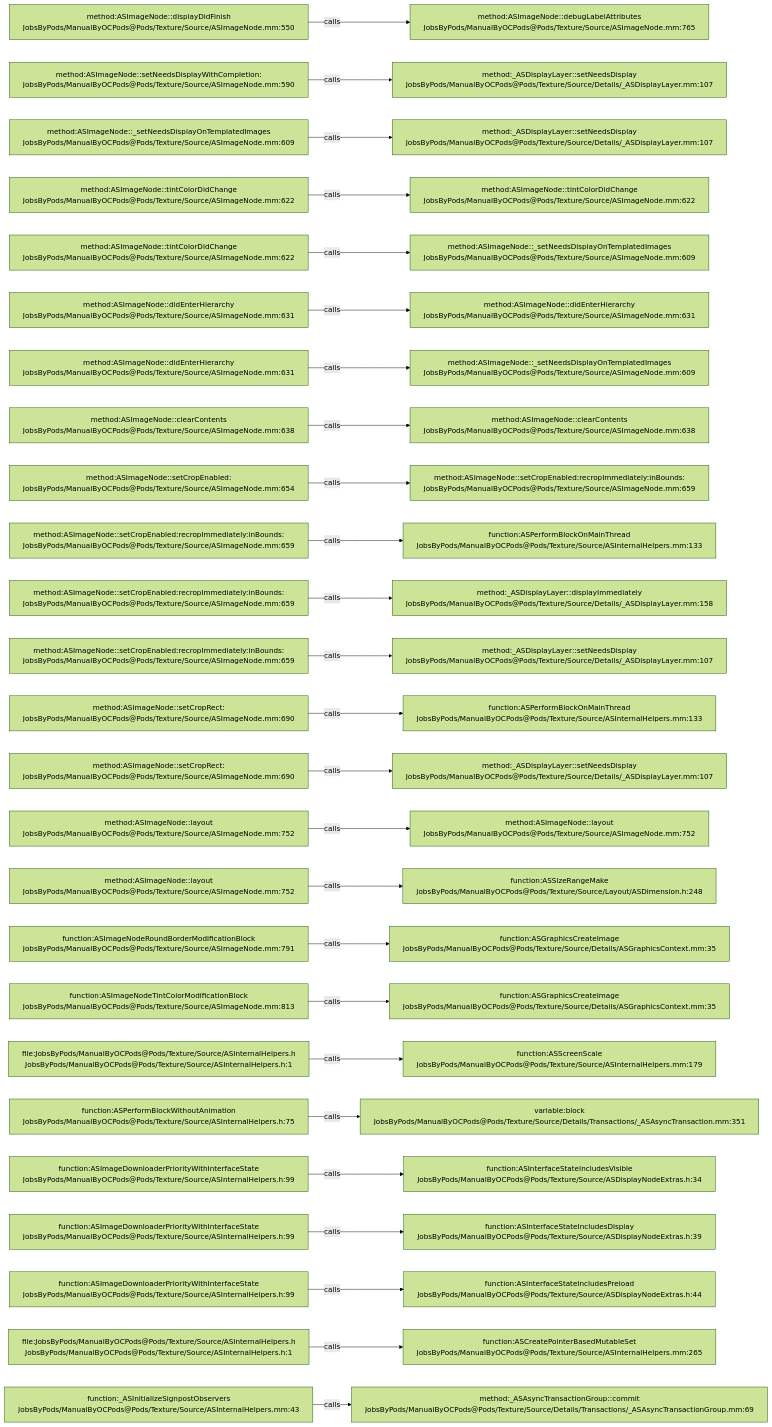
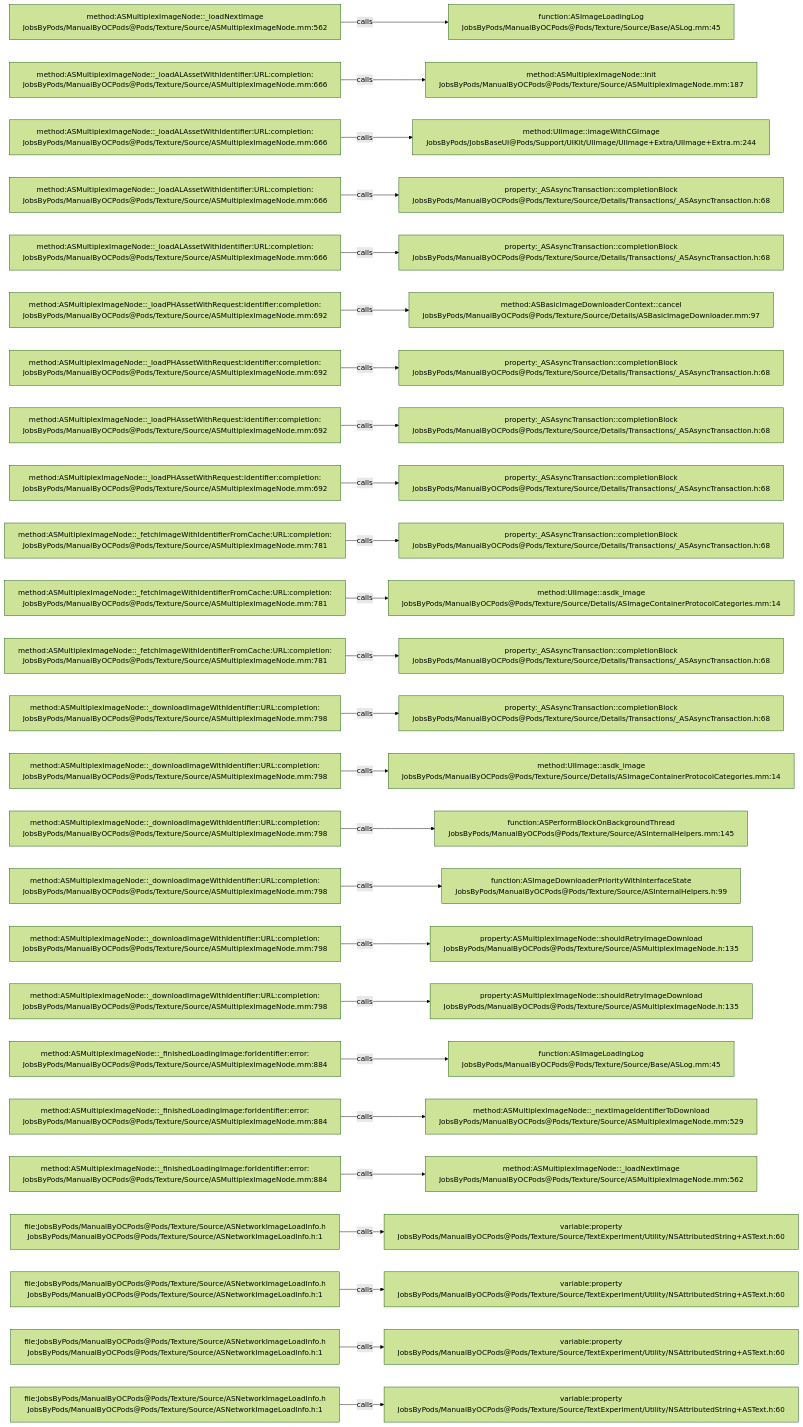
One commit to JobsKits/JobsOCBaseConfigDemo changed the diagram in .codegraph/codegraph.md/graphs/calls-118.md. Above: the diagram before and after it, drawn with Mermaid (forest theme). The commit also changed 1223 other files, not shown here.

````diff
--- a/.codegraph/codegraph.md/graphs/calls-118.md
+++ b/.codegraph/codegraph.md/graphs/calls-118.md
@@ -13,78 +13,78 @@
 ```mermaid
 flowchart LR
-  S1["method:ASImageNode::displayDidFinish<br/>JobsByPods/ManualByOCPods@Pods/Texture/Source/ASImageNode.mm:550"]
-  T1["method:ASImageNode::debugLabelAttributes<br/>JobsByPods/ManualByOCPods@Pods/Texture/Source/ASImageNode.mm:765"]
+  S1["method:ASMultiplexImageNode::_loadNextImage<br/>JobsByPods/ManualByOCPods@Pods/Texture/Source/ASMultiplexImageNode.mm:562"]
+  T1["function:ASImageLoadingLog<br/>JobsByPods/ManualByOCPods@Pods/Texture/Source/Base/ASLog.mm:45"]
   S1 -->|calls| T1
-  S2["method:ASImageNode::setNeedsDisplayWithCompletion:<br/>JobsByPods/ManualByOCPods@Pods/Texture/Source/ASImageNode.mm:590"]
-  T2["method:_ASDisplayLayer::setNeedsDisplay<br/>JobsByPods/ManualByOCPods@Pods/Texture/Source/Details/_ASDisplayLayer.mm:107"]
+  S2["method:ASMultiplexImageNode::_loadALAssetWithIdentifier:URL:completion:<br/>JobsByPods/ManualByOCPods@Pods/Texture/Source/ASMultiplexImageNode.mm:666"]
+  T2["method:ASMultiplexImageNode::init<br/>JobsByPods/ManualByOCPods@Pods/Texture/Source/ASMultiplexImageNode.mm:187"]
   S2 -->|calls| T2
-  S3["method:ASImageNode::_setNeedsDisplayOnTemplatedImages<br/>JobsByPods/ManualByOCPods@Pods/Texture/Source/ASImageNode.mm:609"]
-  T3["method:_ASDisplayLayer::setNeedsDisplay<br/>JobsByPods/ManualByOCPods@Pods/Texture/Source/Details/_ASDisplayLayer.mm:107"]
+  S3["method:ASMultiplexImageNode::_loadALAssetWithIdentifier:URL:completion:<br/>JobsByPods/ManualByOCPods@Pods/Texture/Source/ASMultiplexImageNode.mm:666"]
+  T3["method:UIImage::imageWithCGImage<br/>JobsByPods/JobsBaseUI@Pods/Support/UIKit/UIImage/UIImage+Extra/UIImage+Extra.m:244"]
   S3 -->|calls| T3
-  S4["method:ASImageNode::tintColorDidChange<br/>JobsByPods/ManualByOCPods@Pods/Texture/Source/ASImageNode.mm:622"]
-  T4["method:ASImageNode::tintColorDidChange<br/>JobsByPods/ManualByOCPods@Pods/Texture/Source/ASImageNode.mm:622"]
+  S4["method:ASMultiplexImageNode::_loadALAssetWithIdentifier:URL:completion:<br/>JobsByPods/ManualByOCPods@Pods/Texture/Source/ASMultiplexImageNode.mm:666"]
+  T4["property:_ASAsyncTransaction::completionBlock<br/>JobsByPods/ManualByOCPods@Pods/Texture/Source/Details/Transactions/_ASAsyncTransaction.h:68"]
   S4 -->|calls| T4
-  S5["method:ASImageNode::tintColorDidChange<br/>JobsByPods/ManualByOCPods@Pods/Texture/Source/ASImageNode.mm:622"]
-  T5["method:ASImageNode::_setNeedsDisplayOnTemplatedImages<br/>JobsByPods/ManualByOCPods@Pods/Texture/Source/ASImageNode.mm:609"]
+  S5["method:ASMultiplexImageNode::_loadALAssetWithIdentifier:URL:completion:<br/>JobsByPods/ManualByOCPods@Pods/Texture/Source/ASMultiplexImageNode.mm:666"]
+  T5["property:_ASAsyncTransaction::completionBlock<br/>JobsByPods/ManualByOCPods@Pods/Texture/Source/Details/Transactions/_ASAsyncTransaction.h:68"]
   S5 -->|calls| T5
-  S6["method:ASImageNode::didEnterHierarchy<br/>JobsByPods/ManualByOCPods@Pods/Texture/Source/ASImageNode.mm:631"]
-  T6["method:ASImageNode::didEnterHierarchy<br/>JobsByPods/ManualByOCPods@Pods/Texture/Source/ASImageNode.mm:631"]
+  S6["method:ASMultiplexImageNode::_loadPHAssetWithRequest:identifier:completion:<br/>JobsByPods/ManualByOCPods@Pods/Texture/Source/ASMultiplexImageNode.mm:692"]
+  T6["method:ASBasicImageDownloaderContext::cancel<br/>JobsByPods/ManualByOCPods@Pods/Texture/Source/Details/ASBasicImageDownloader.mm:97"]
   S6 -->|calls| T6
-  S7["method:ASImageNode::didEnterHierarchy<br/>JobsByPods/ManualByOCPods@Pods/Texture/Source/ASImageNode.mm:631"]
-  T7["method:ASImageNode::_setNeedsDisplayOnTemplatedImages<br/>JobsByPods/ManualByOCPods@Pods/Texture/Source/ASImageNode.mm:609"]
+  S7["method:ASMultiplexImageNode::_loadPHAssetWithRequest:identifier:completion:<br/>JobsByPods/ManualByOCPods@Pods/Texture/Source/ASMultiplexImageNode.mm:692"]
+  T7["property:_ASAsyncTransaction::completionBlock<br/>JobsByPods/ManualByOCPods@Pods/Texture/Source/Details/Transactions/_ASAsyncTransaction.h:68"]
   S7 -->|calls| T7
-  S8["method:ASImageNode::clearContents<br/>JobsByPods/ManualByOCPods@Pods/Texture/Source/ASImageNode.mm:638"]
-  T8["method:ASImageNode::clearContents<br/>JobsByPods/ManualByOCPods@Pods/Texture/Source/ASImageNode.mm:638"]
+  S8["method:ASMultiplexImageNode::_loadPHAssetWithRequest:identifier:completion:<br/>JobsByPods/ManualByOCPods@Pods/Texture/Source/ASMultiplexImageNode.mm:692"]
+  T8["property:_ASAsyncTransaction::completionBlock<br/>JobsByPods/ManualByOCPods@Pods/Texture/Source/Details/Transactions/_ASAsyncTransaction.h:68"]
   S8 -->|calls| T8
-  S9["method:ASImageNode::setCropEnabled:<br/>JobsByPods/ManualByOCPods@Pods/Texture/Source/ASImageNode.mm:654"]
-  T9["method:ASImageNode::setCropEnabled:recropImmediately:inBounds:<br/>JobsByPods/ManualByOCPods@Pods/Texture/Source/ASImageNode.mm:659"]
+  S9["method:ASMultiplexImageNode::_loadPHAssetWithRequest:identifier:completion:<br/>JobsByPods/ManualByOCPods@Pods/Texture/Source/ASMultiplexImageNode.mm:692"]
+  T9["property:_ASAsyncTransaction::completionBlock<br/>JobsByPods/ManualByOCPods@Pods/Texture/Source/Details/Transactions/_ASAsyncTransaction.h:68"]
   S9 -->|calls| T9
-  S10["method:ASImageNode::setCropEnabled:recropImmediately:inBounds:<br/>JobsByPods/ManualByOCPods@Pods/Texture/Source/ASImageNode.mm:659"]
-  T10["function:ASPerformBlockOnMainThread<br/>JobsByPods/ManualByOCPods@Pods/Texture/Source/ASInternalHelpers.mm:133"]
+  S10["method:ASMultiplexImageNode::_fetchImageWithIdentifierFromCache:URL:completion:<br/>JobsByPods/ManualByOCPods@Pods/Texture/Source/ASMultiplexImageNode.mm:781"]
+  T10["property:_ASAsyncTransaction::completionBlock<br/>JobsByPods/ManualByOCPods@Pods/Texture/Source/Details/Transactions/_ASAsyncTransaction.h:68"]
   S10 -->|calls| T10
-  S11["method:ASImageNode::setCropEnabled:recropImmediately:inBounds:<br/>JobsByPods/ManualByOCPods@Pods/Texture/Source/ASImageNode.mm:659"]
-  T11["method:_ASDisplayLayer::displayImmediately<br/>JobsByPods/ManualByOCPods@Pods/Texture/Source/Details/_ASDisplayLayer.mm:158"]
+  S11["method:ASMultiplexImageNode::_fetchImageWithIdentifierFromCache:URL:completion:<br/>JobsByPods/ManualByOCPods@Pods/Texture/Source/ASMultiplexImageNode.mm:781"]
+  T11["method:UIImage::asdk_image<br/>JobsByPods/ManualByOCPods@Pods/Texture/Source/Details/ASImageContainerProtocolCategories.mm:14"]
   S11 -->|calls| T11
-  S12["method:ASImageNode::setCropEnabled:recropImmediately:inBounds:<br/>JobsByPods/ManualByOCPods@Pods/Texture/Source/ASImageNode.mm:659"]
-  T12["method:_ASDisplayLayer::setNeedsDisplay<br/>JobsByPods/ManualByOCPods@Pods/Texture/Source/Details/_ASDisplayLayer.mm:107"]
+  S12["method:ASMultiplexImageNode::_fetchImageWithIdentifierFromCache:URL:completion:<br/>JobsByPods/ManualByOCPods@Pods/Texture/Source/ASMultiplexImageNode.mm:781"]
+  T12["property:_ASAsyncTransaction::completionBlock<br/>JobsByPods/ManualByOCPods@Pods/Texture/Source/Details/Transactions/_ASAsyncTransaction.h:68"]
   S12 -->|calls| T12
-  S13["method:ASImageNode::setCropRect:<br/>JobsByPods/ManualByOCPods@Pods/Texture/Source/ASImageNode.mm:690"]
-  T13["function:ASPerformBlockOnMainThread<br/>JobsByPods/ManualByOCPods@Pods/Texture/Source/ASInternalHelpers.mm:133"]
+  S13["method:ASMultiplexImageNode::_downloadImageWithIdentifier:URL:completion:<br/>JobsByPods/ManualByOCPods@Pods/Texture/Source/ASMultiplexImageNode.mm:798"]
+  T13["property:_ASAsyncTransaction::completionBlock<br/>JobsByPods/ManualByOCPods@Pods/Texture/Source/Details/Transactions/_ASAsyncTransaction.h:68"]
   S13 -->|calls| T13
-  S14["method:ASImageNode::setCropRect:<br/>JobsByPods/ManualByOCPods@Pods/Texture/Source/ASImageNode.mm:690"]
-  T14["method:_ASDisplayLayer::setNeedsDisplay<br/>JobsByPods/ManualByOCPods@Pods/Texture/Source/Details/_ASDisplayLayer.mm:107"]
+  S14["method:ASMultiplexImageNode::_downloadImageWithIdentifier:URL:completion:<br/>JobsByPods/ManualByOCPods@Pods/Texture/Source/ASMultiplexImageNode.mm:798"]
+  T14["method:UIImage::asdk_image<br/>JobsByPods/ManualByOCPods@Pods/Texture/Source/Details/ASImageContainerProtocolCategories.mm:14"]
   S14 -->|calls| T14
-  S15["method:ASImageNode::layout<br/>JobsByPods/ManualByOCPods@Pods/Texture/Source/ASImageNode.mm:752"]
-  T15["method:ASImageNode::layout<br/>JobsByPods/ManualByOCPods@Pods/Texture/Source/ASImageNode.mm:752"]
+  S15["method:ASMultiplexImageNode::_downloadImageWithIdentifier:URL:completion:<br/>JobsByPods/ManualByOCPods@Pods/Texture/Source/ASMultiplexImageNode.mm:798"]
+  T15["function:ASPerformBlockOnBackgroundThread<br/>JobsByPods/ManualByOCPods@Pods/Texture/Source/ASInternalHelpers.mm:145"]
   S15 -->|calls| T15
-  S16["method:ASImageNode::layout<br/>JobsByPods/ManualByOCPods@Pods/Texture/Source/ASImageNode.mm:752"]
-  T16["function:ASSizeRangeMake<br/>JobsByPods/ManualByOCPods@Pods/Texture/Source/Layout/ASDimension.h:248"]
+  S16["method:ASMultiplexImageNode::_downloadImageWithIdentifier:URL:completion:<br/>JobsByPods/ManualByOCPods@Pods/Texture/Source/ASMultiplexImageNode.mm:798"]
+  T16["function:ASImageDownloaderPriorityWithInterfaceState<br/>JobsByPods/ManualByOCPods@Pods/Texture/Source/ASInternalHelpers.h:99"]
   S16 -->|calls| T16
-  S17["function:ASImageNodeRoundBorderModificationBlock<br/>JobsByPods/ManualByOCPods@Pods/Texture/Source/ASImageNode.mm:791"]
-  T17["function:ASGraphicsCreateImage<br/>JobsByPods/ManualByOCPods@Pods/Texture/Source/Details/ASGraphicsContext.mm:35"]
+  S17["method:ASMultiplexImageNode::_downloadImageWithIdentifier:URL:completion:<br/>JobsByPods/ManualByOCPods@Pods/Texture/Source/ASMultiplexImageNode.mm:798"]
+  T17["property:ASMultiplexImageNode::shouldRetryImageDownload<br/>JobsByPods/ManualByOCPods@Pods/Texture/Source/ASMultiplexImageNode.h:135"]
   S17 -->|calls| T17
-  S18["function:ASImageNodeTintColorModificationBlock<br/>JobsByPods/ManualByOCPods@Pods/Texture/Source/ASImageNode.mm:813"]
-  T18["function:ASGraphicsCreateImage<br/>JobsByPods/ManualByOCPods@Pods/Texture/Source/Details/ASGraphicsContext.mm:35"]
+  S18["method:ASMultiplexImageNode::_downloadImageWithIdentifier:URL:completion:<br/>JobsByPods/ManualByOCPods@Pods/Texture/Source/ASMultiplexImageNode.mm:798"]
+  T18["property:ASMultiplexImageNode::shouldRetryImageDownload<br/>JobsByPods/ManualByOCPods@Pods/Texture/Source/ASMultiplexImageNode.h:135"]
   S18 -->|calls| T18
-  S19["file:JobsByPods/ManualByOCPods@Pods/Texture/Source/ASInternalHelpers.h<br/>JobsByPods/ManualByOCPods@Pods/Texture/Source/ASInternalHelpers.h:1"]
-  T19["function:ASScreenScale<br/>JobsByPods/ManualByOCPods@Pods/Texture/Source/ASInternalHelpers.mm:179"]
+  S19["method:ASMultiplexImageNode::_finishedLoadingImage:forIdentifier:error:<br/>JobsByPods/ManualByOCPods@Pods/Texture/Source/ASMultiplexImageNode.mm:884"]
+  T19["function:ASImageLoadingLog<br/>JobsByPods/ManualByOCPods@Pods/Texture/Source/Base/ASLog.mm:45"]
   S19 -->|calls| T19
-  S20["function:ASPerformBlockWithoutAnimation<br/>JobsByPods/ManualByOCPods@Pods/Texture/Source/ASInternalHelpers.h:75"]
-  T20["variable:block<br/>JobsByPods/ManualByOCPods@Pods/Texture/Source/Details/Transactions/_ASAsyncTransaction.mm:351"]
+  S20["method:ASMultiplexImageNode::_finishedLoadingImage:forIdentifier:error:<br/>JobsByPods/ManualByOCPods@Pods/Texture/Source/ASMultiplexImageNode.mm:884"]
+  T20["method:ASMultiplexImageNode::_nextImageIdentifierToDownload<br/>JobsByPods/ManualByOCPods@Pods/Texture/Source/ASMultiplexImageNode.mm:529"]
   S20 -->|calls| T20
-  S21["function:ASImageDownloaderPriorityWithInterfaceState<br/>JobsByPods/ManualByOCPods@Pods/Texture/Source/ASInternalHelpers.h:99"]
-  T21["function:ASInterfaceStateIncludesVisible<br/>JobsByPods/ManualByOCPods@Pods/Texture/Source/ASDisplayNodeExtras.h:34"]
+  S21["method:ASMultiplexImageNode::_finishedLoadingImage:forIdentifier:error:<br/>JobsByPods/ManualByOCPods@Pods/Texture/Source/ASMultiplexImageNode.mm:884"]
+  T21["method:ASMultiplexImageNode::_loadNextImage<br/>JobsByPods/ManualByOCPods@Pods/Texture/Source/ASMultiplexImageNode.mm:562"]
   S21 -->|calls| T21
-  S22["function:ASImageDownloaderPriorityWithInterfaceState<br/>JobsByPods/ManualByOCPods@Pods/Texture/Source/ASInternalHelpers.h:99"]
-  T22["function:ASInterfaceStateIncludesDisplay<br/>JobsByPods/ManualByOCPods@Pods/Texture/Source/ASDisplayNodeExtras.h:39"]
+  S22["file:JobsByPods/ManualByOCPods@Pods/Texture/Source/ASNetworkImageLoadInfo.h<br/>JobsByPods/ManualByOCPods@Pods/Texture/Source/ASNetworkImageLoadInfo.h:1"]
+  T22["variable:property<br/>JobsByPods/ManualByOCPods@Pods/Texture/Source/TextExperiment/Utility/NSAttributedString+ASText.h:60"]
   S22 -->|calls| T22
-  S23["function:ASImageDownloaderPriorityWithInterfaceState<br/>JobsByPods/ManualByOCPods@Pods/Texture/Source/ASInternalHelpers.h:99"]
-  T23["function:ASInterfaceStateIncludesPreload<br/>JobsByPods/ManualByOCPods@Pods/Texture/Source/ASDisplayNodeExtras.h:44"]
+  S23["file:JobsByPods/ManualByOCPods@Pods/Texture/Source/ASNetworkImageLoadInfo.h<br/>JobsByPods/ManualByOCPods@Pods/Texture/Source/ASNetworkImageLoadInfo.h:1"]
+  T23["variable:property<br/>JobsByPods/ManualByOCPods@Pods/Texture/Source/TextExperiment/Utility/NSAttributedString+ASText.h:60"]
   S23 -->|calls| T23
-  S24["file:JobsByPods/ManualByOCPods@Pods/Texture/Source/ASInternalHelpers.h<br/>JobsByPods/ManualByOCPods@Pods/Texture/Source/ASInternalHelpers.h:1"]
-  T24["function:ASCreatePointerBasedMutableSet<br/>JobsByPods/ManualByOCPods@Pods/Texture/Source/ASInternalHelpers.mm:265"]
+  S24["file:JobsByPods/ManualByOCPods@Pods/Texture/Source/ASNetworkImageLoadInfo.h<br/>JobsByPods/ManualByOCPods@Pods/Texture/Source/ASNetworkImageLoadInfo.h:1"]
+  T24["variable:property<br/>JobsByPods/ManualByOCPods@Pods/Texture/Source/TextExperiment/Utility/NSAttributedString+ASText.h:60"]
   S24 -->|calls| T24
-  S25["function:_ASInitializeSignpostObservers<br/>JobsByPods/ManualByOCPods@Pods/Texture/Source/ASInternalHelpers.mm:43"]
-  T25["method:_ASAsyncTransactionGroup::commit<br/>JobsByPods/ManualByOCPods@Pods/Texture/Source/Details/Transactions/_ASAsyncTransactionGroup.mm:69"]
+  S25["file:JobsByPods/ManualByOCPods@Pods/Texture/Source/ASNetworkImageLoadInfo.h<br/>JobsByPods/ManualByOCPods@Pods/Texture/Source/ASNetworkImageLoadInfo.h:1"]
+  T25["variable:property<br/>JobsByPods/ManualByOCPods@Pods/Texture/Source/TextExperiment/Utility/NSAttributedString+ASText.h:60"]
   S25 -->|calls| T25
 ```
````
